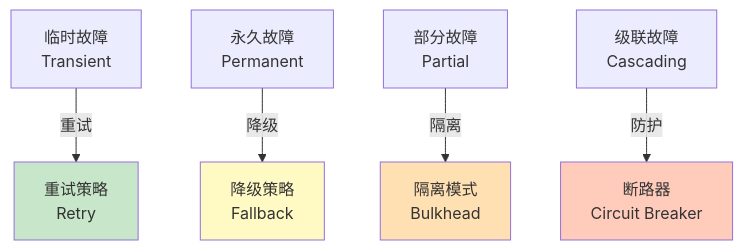
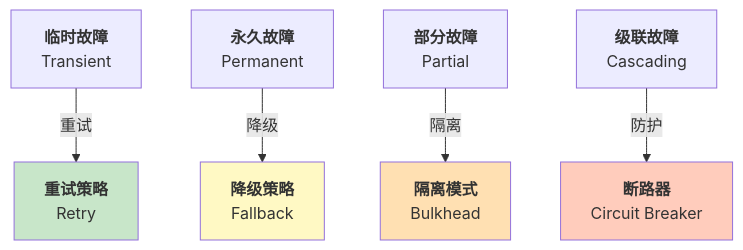
Before and after one commit to yeasy/harness_engineering_guide: the first of 2 diagrams in 03_principles/3.4_design_for_failure.md, drawn with Mermaid. The commit also changed other lines of this file and 15 other files, not shown here.

````diff
--- a/03_principles/3.4_design_for_failure.md
+++ b/03_principles/3.4_design_for_failure.md
@@ -47,12 +49,12 @@
 ```mermaid
 graph TB
-    A["临时故障<br/>Transient"] -->|重试| B["重试策略<br/>Retry"]
-    C["永久故障<br/>Permanent"] -->|降级| D["降级策略<br/>Fallback"]
-    E["部分故障<br/>Partial"] -->|隔离| F["隔离模式<br/>Bulkhead"]
-    G["级联故障<br/>Cascading"] -->|防护| H["断路器<br/>Circuit Breaker"]
+    A["<b>临时故障</b><br/>Transient"] -->|重试| B["<b>重试策略</b><br/>Retry"]
+    C["<b>永久故障</b><br/>Permanent"] -->|降级| D["<b>降级策略</b><br/>Fallback"]
+    E["<b>部分故障</b><br/>Partial"] -->|隔离| F["<b>隔离模式</b><br/>Bulkhead"]
+    G["<b>级联故障</b><br/>Cascading"] -->|防护| H["<b>断路器</b><br/>Circuit Breaker"]
 
     style B fill:#c8e6c9
     style D fill:#fff9c4
     style F fill:#ffe0b2
     style H fill:#ffccbc
 ```
````
